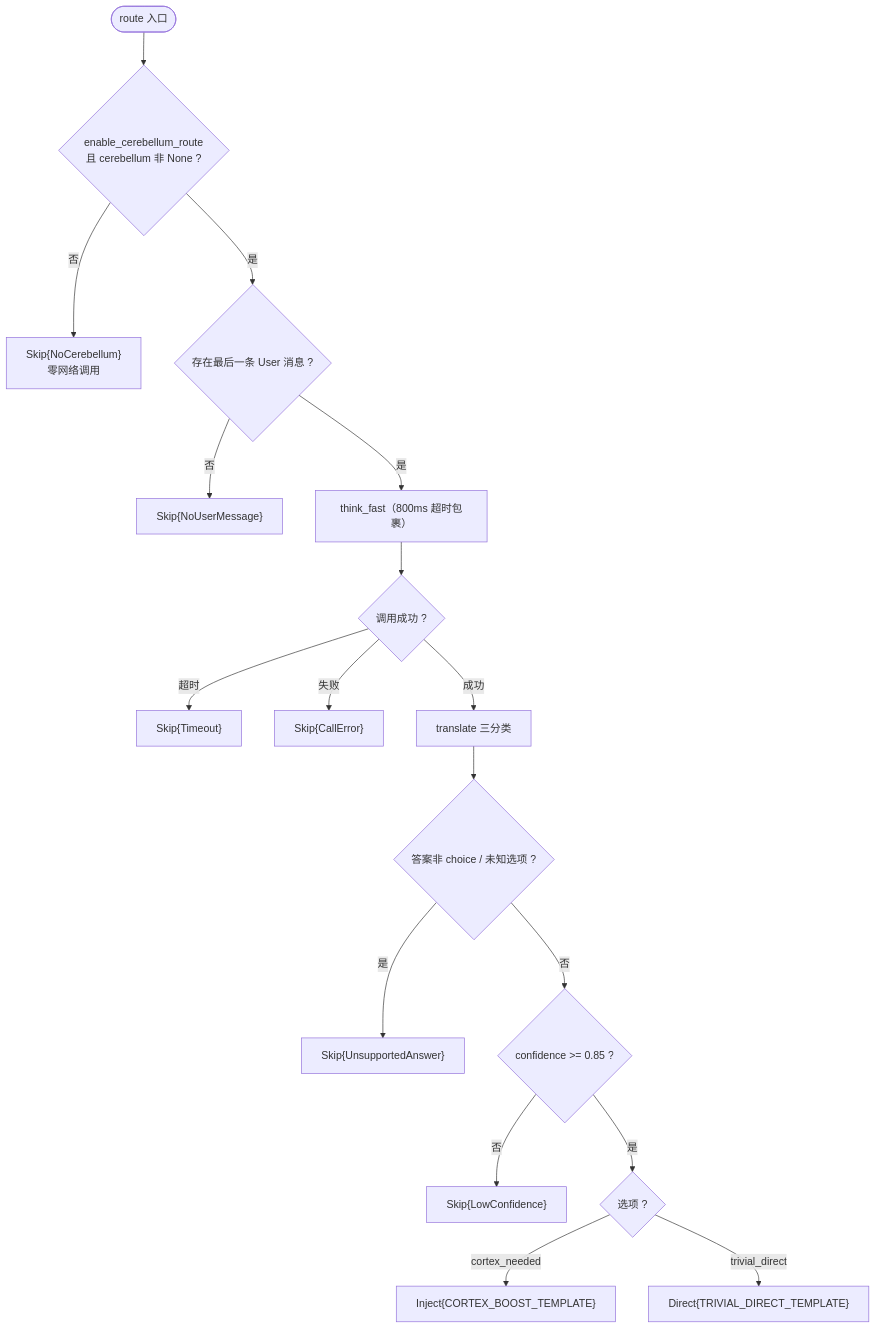
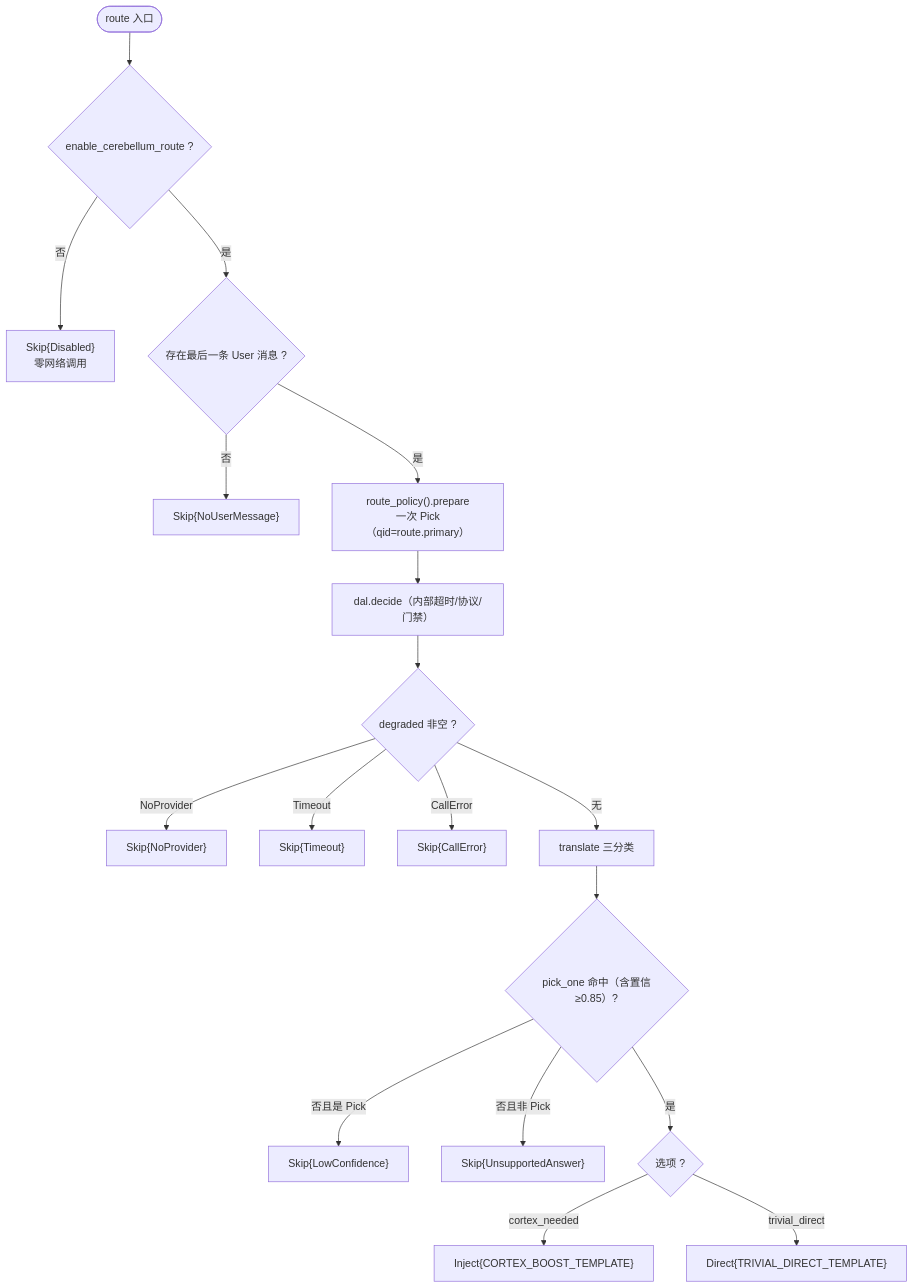
One commit to runningcoders/ai_orz changed the third of 6 diagrams in docs/modules/02-Agent运行时/C-知识/小脑快判断（System One）.md. Above: the diagram before and after it, drawn with Mermaid. The commit also changed other lines of this file and 32 other files, not shown here.

````diff
--- a/docs/modules/02-Agent运行时/C-知识/小脑快判断（System One）.md
+++ b/docs/modules/02-Agent运行时/C-知识/小脑快判断（System One）.md
@@ -176,19 +186,20 @@
 ```mermaid
 flowchart TD
-Start(["route 入口"]) --> Enabled{"enable_cerebellum_route<br/>且 cerebellum 非 None ?"}
-Enabled --> |否| SkipNoCere["Skip{NoCerebellum}<br/>零网络调用"]
+Start(["route 入口"]) --> Enabled{"enable_cerebellum_route ?"}
+Enabled --> |否| SkipDisabled["Skip{Disabled}<br/>零网络调用"]
 Enabled --> |是| HasUser{"存在最后一条 User 消息 ?"}
 HasUser --> |否| SkipNoUser["Skip{NoUserMessage}"]
-HasUser --> |是| Call["think_fast（800ms 超时包裹）"]
-Call --> CallOk{"调用成功 ?"}
-CallOk --> |超时| SkipTimeout["Skip{Timeout}"]
-CallOk --> |失败| SkipErr["Skip{CallError}"]
-CallOk --> |成功| Translate["translate 三分类"]
-Translate --> IsChoice{"答案非 choice / 未知选项 ?"}
-IsChoice --> |是| SkipUnsup["Skip{UnsupportedAnswer}"]
-IsChoice --> |否| Conf{"confidence >= 0.85 ?"}
-Conf --> |否| SkipLow["Skip{LowConfidence}"]
-Conf --> |是| Which{"选项 ?"}
+HasUser --> |是| Prepare["route_policy().prepare<br/>一次 Pick（qid=route.primary）"]
+Prepare --> Decide["dal.decide（内部超时/协议/门禁）"]
+Decide --> Degraded{"degraded 非空 ?"}
+Degraded --> |NoProvider| SkipNoProv["Skip{NoProvider}"]
+Degraded --> |Timeout| SkipTimeout["Skip{Timeout}"]
+Degraded --> |CallError| SkipErr["Skip{CallError}"]
+Degraded --> |无| Translate["translate 三分类"]
+Translate --> PickOk{"pick_one 命中（含置信≥0.85）?"}
+PickOk --> |否且是 Pick| SkipLow["Skip{LowConfidence}"]
+PickOk --> |否且非 Pick| SkipUnsup["Skip{UnsupportedAnswer}"]
+PickOk --> |是| Which{"选项 ?"}
 Which --> |cortex_needed| Inject["Inject{CORTEX_BOOST_TEMPLATE}"]
 Which --> |trivial_direct| Direct["Direct{TRIVIAL_DIRECT_TEMPLATE}"]
 ```
````
